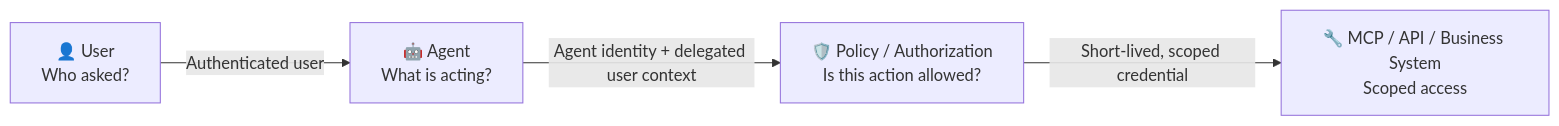
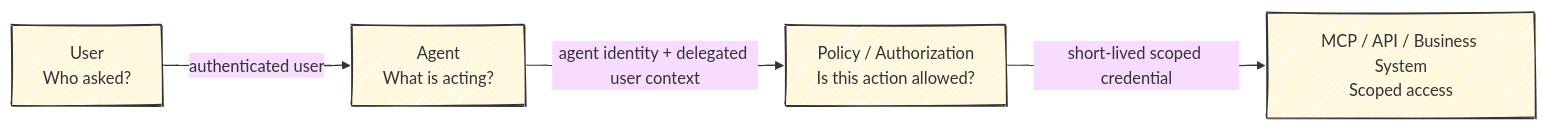
The first of 3 diagrams in src/content/blog/2026/2026-09-25-stop-giving-ai-agents-service-accounts.mdx (nikolajflojgaard/website), drawn with Mermaid before and after one commit. The commit also changed other lines of this file, not shown here.

Commit message:
Fix Mermaid diagrams using established site syntax

````diff
--- a/src/content/blog/2026/2026-09-25-stop-giving-ai-agents-service-accounts.mdx
+++ b/src/content/blog/2026/2026-09-25-stop-giving-ai-agents-service-accounts.mdx
@@ -97,11 +97,12 @@
 ```mermaid
+%%{init: {"look": "handDrawn", "theme": "base", "themeVariables": {"fontFamily": "Comic Sans MS, Virgil, Arial", "primaryColor": "#fff8dc", "primaryBorderColor": "#333", "lineColor": "#333"}}}%%
 flowchart LR
-    U["👤 User<br/>Who asked?"]
-    A["🤖 Agent<br/>What is acting?"]
-    P["🛡️ Policy / Authorization<br/>Is this action allowed?"]
-    T["🔧 MCP / API / Business System<br/>Scoped access"]
+  user["User<br/>Who asked?"]
+  agent["Agent<br/>What is acting?"]
+  policy["Policy / Authorization<br/>Is this action allowed?"]
+  tool["MCP / API / Business System<br/>Scoped access"]
 
-    U -->|"Authenticated user"| A
-    A -->|"Agent identity + delegated user context"| P
-    P -->|"Short-lived, scoped credential"| T
+  user -->|authenticated user| agent
+  agent -->|agent identity + delegated user context| policy
+  policy -->|short-lived scoped credential| tool
 ```
````
